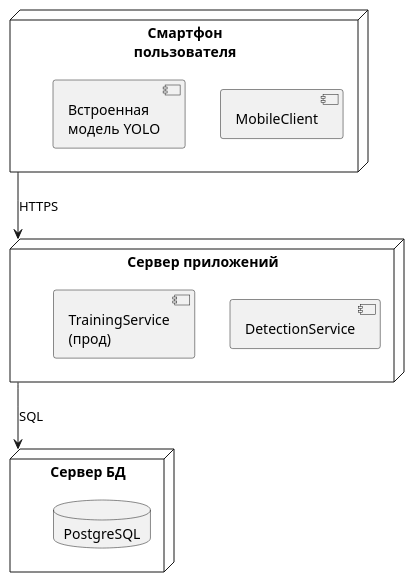
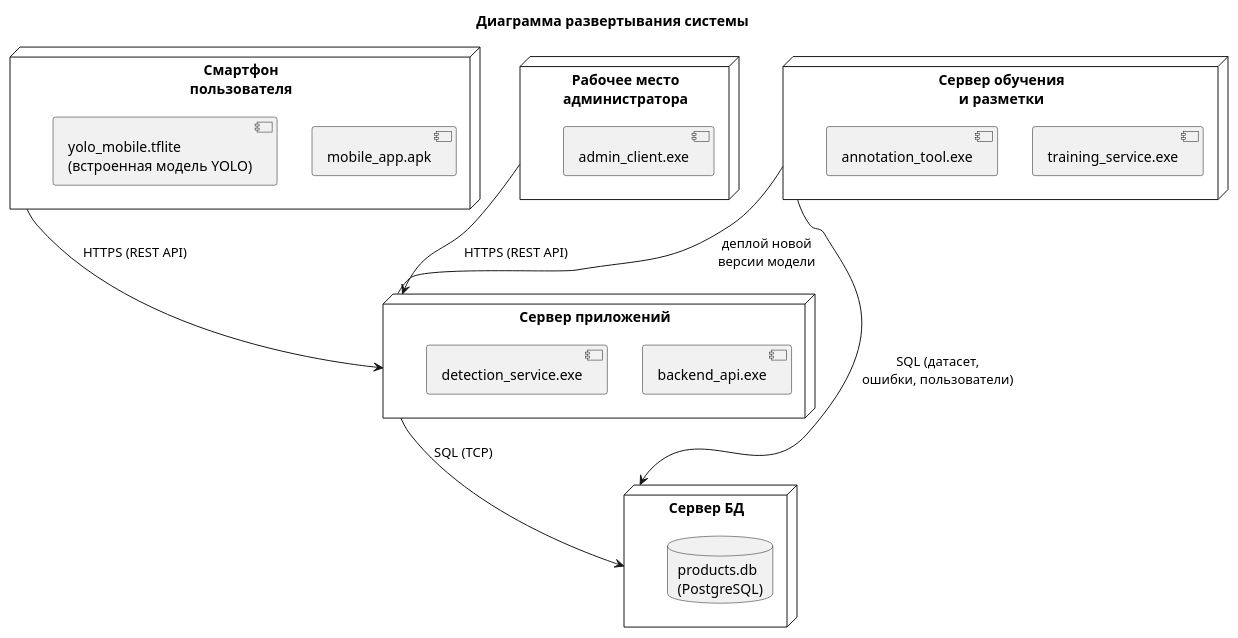
The diagram in PlantUML/drop.puml (timourka/diplom), drawn with PlantUML before and after one commit. The commit also changed 9 other files, not shown here.

Commit message:
все диаграммы

```diff
--- a/PlantUML/drop.puml
+++ b/PlantUML/drop.puml
@@ -1,20 +1,47 @@
 @startuml
+title Диаграмма развертывания системы
 
+' === Смартфон пользователя ===
 node "Смартфон\nпользователя" as Phone {
-    component "MobileClient"
-    component "Встроенная\nмодель YOLO" as EmbeddedModel
+    component "mobile_app.apk" as MobileClient
+    component "yolo_mobile.tflite\n(встроенная модель YOLO)" as EmbeddedModel
 }
 
-node "Сервер приложений" as AppServer {
-    component "DetectionService"
-    component "TrainingService\n(прод)" as ProdTraining
+' === Рабочее место администратора ===
+node "Рабочее место\nадминистратора" as AdminHost {
+    component "admin_client.exe" as AdminClient
 }
 
-node "Сервер БД" as DBServer {
-    database "PostgreSQL" as PgDB
+' === Сервер приложений (прод) ===
+node "Сервер приложений" as AppServer {
+    component "backend_api.exe" as BackendAPI
+    component "detection_service.exe" as DetectionService
 }
 
-Phone --> AppServer : HTTPS
-AppServer --> DBServer : SQL
+' === Сервер обучения / разработки модели ===
+node "Сервер обучения\nи разметки" as TrainServer {
+    component "training_service.exe" as ProdTraining
+    component "annotation_tool.exe" as AnnotationTool
+}
 
+' === Сервер БД ===
+node "Сервер БД" as DBServer {
+    database "products.db\n(PostgreSQL)" as PgDB
+}
+
+' === Соединения между узлами ===
+
+' Клиентские приложения общаются с backend API
+Phone --> AppServer      : HTTPS (REST API)
+AdminHost --> AppServer  : HTTPS (REST API)
+
+' Backend API работает с БД
+AppServer --> DBServer   : SQL (TCP)
+
+' Сервис обучения и инструмент разметки тоже используют БД
+TrainServer --> DBServer : SQL (датасет,\nошибки, пользователи)
+
+' Обновление модели детекции на сервере\n( доставки новых весов )
+TrainServer -- AppServer : деплой новой\nверсии модели
+   
 @enduml
```
